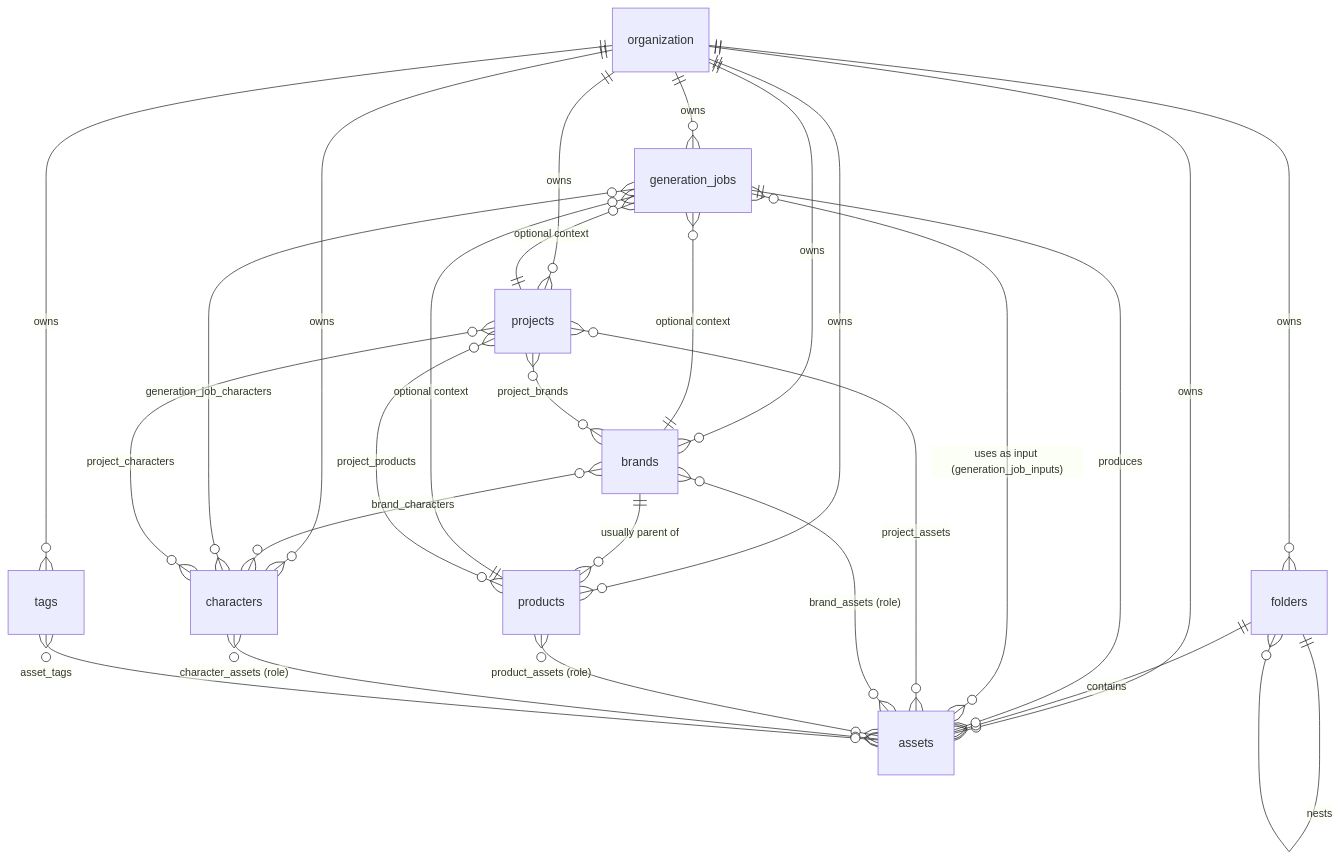
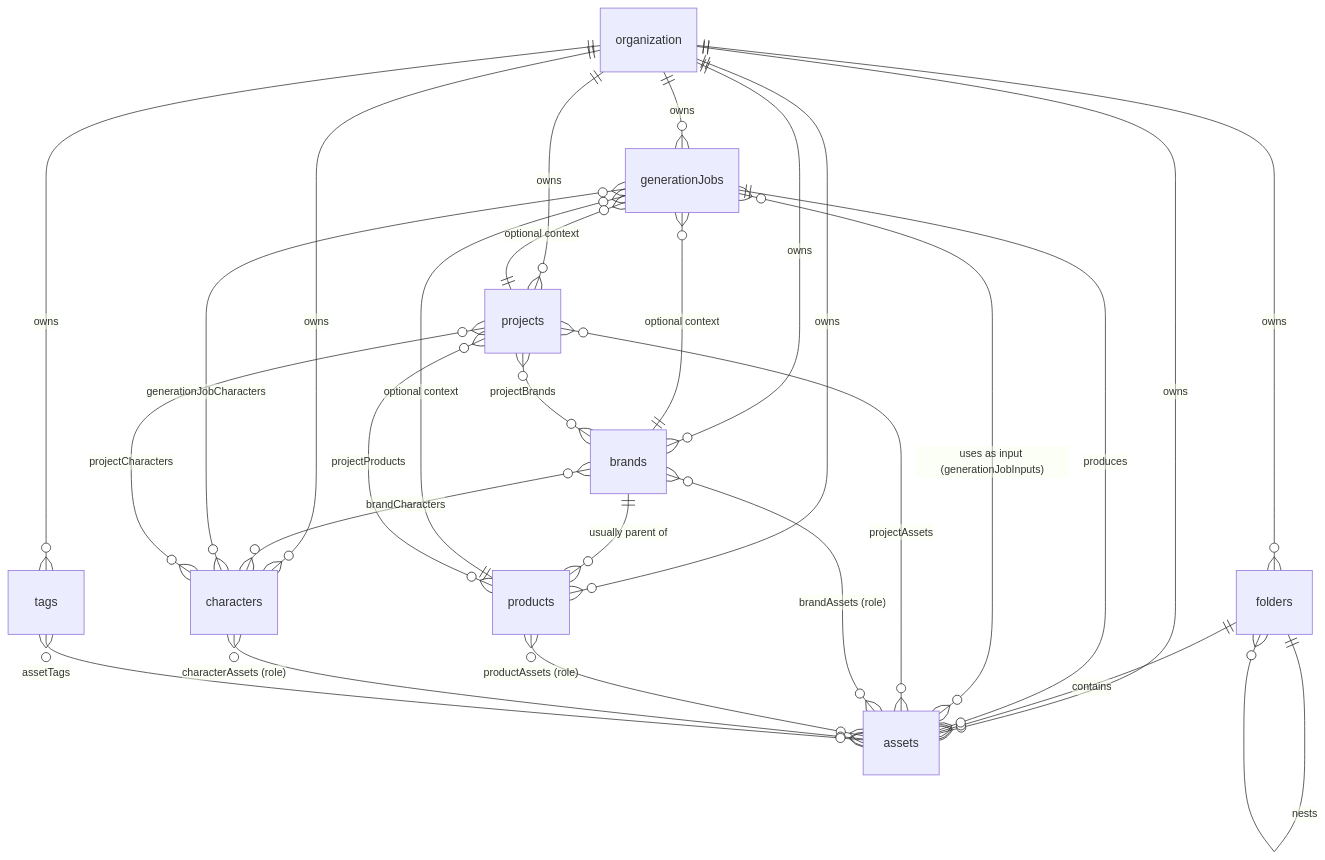
Before and after one commit to leognmotta/talelabs: the diagram in docs/db-design-planning.md, drawn with Mermaid. The commit also changed other lines of this file and 1 other file, not shown here.

Commit message:
docs(db): align MVP schema with camelCase

````diff
--- a/docs/db-design-planning.md
+++ b/docs/db-design-planning.md
@@ -26,35 +26,35 @@
 ```mermaid
 erDiagram
     organization ||--o{ brands : owns
     organization ||--o{ products : owns
     organization ||--o{ characters : owns
     organization ||--o{ projects : owns
     organization ||--o{ folders : owns
     organization ||--o{ assets : owns
     organization ||--o{ tags : owns
-    organization ||--o{ generation_jobs : owns
+    organization ||--o{ generationJobs : owns
 
     brands ||--o{ products : "usually parent of"
-    brands }o--o{ characters : "brand_characters"
+    brands }o--o{ characters : "brandCharacters"
 
     folders ||--o{ folders : "nests"
     folders ||--o{ assets : "contains"
 
-    generation_jobs ||--o{ assets : "produces"
-    generation_jobs }o--o{ assets : "uses as input (generation_job_inputs)"
-    generation_jobs }o--|| brands : "optional context"
-    generation_jobs }o--|| products : "optional context"
-    generation_jobs }o--o{ characters : "generation_job_characters"
-    generation_jobs }o--|| projects : "optional context"
+    generationJobs ||--o{ assets : "produces"
+    generationJobs }o--o{ assets : "uses as input (generationJobInputs)"
+    generationJobs }o--|| brands : "optional context"
+    generationJobs }o--|| products : "optional context"
+    generationJobs }o--o{ characters : "generationJobCharacters"
+    generationJobs }o--|| projects : "optional context"
 
-    projects }o--o{ assets : "project_assets"
-    projects }o--o{ brands : "project_brands"
-    projects }o--o{ products : "project_products"
-    projects }o--o{ characters : "project_characters"
+    projects }o--o{ assets : "projectAssets"
+    projects }o--o{ brands : "projectBrands"
+    projects }o--o{ products : "projectProducts"
+    projects }o--o{ characters : "projectCharacters"
 
-    brands }o--o{ assets : "brand_assets (role)"
-    products }o--o{ assets : "product_assets (role)"
-    characters }o--o{ assets : "character_assets (role)"
+    brands }o--o{ assets : "brandAssets (role)"
+    products }o--o{ assets : "productAssets (role)"
+    characters }o--o{ assets : "characterAssets (role)"
 
-    tags }o--o{ assets : "asset_tags"
+    tags }o--o{ assets : "assetTags"
 ```
````
